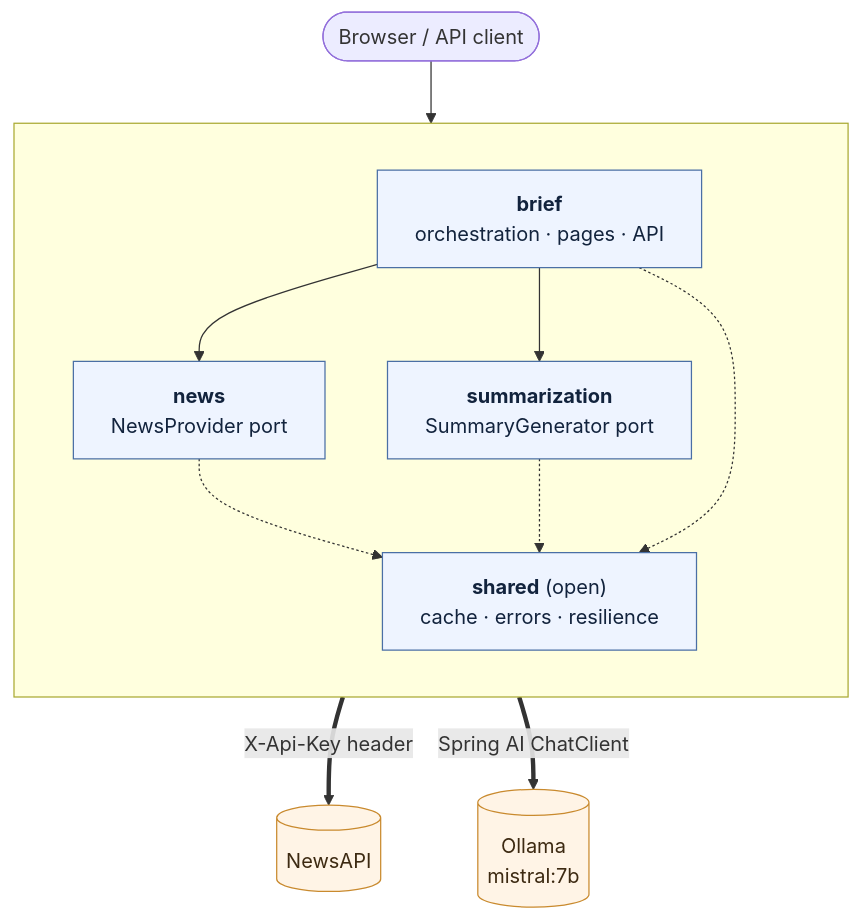
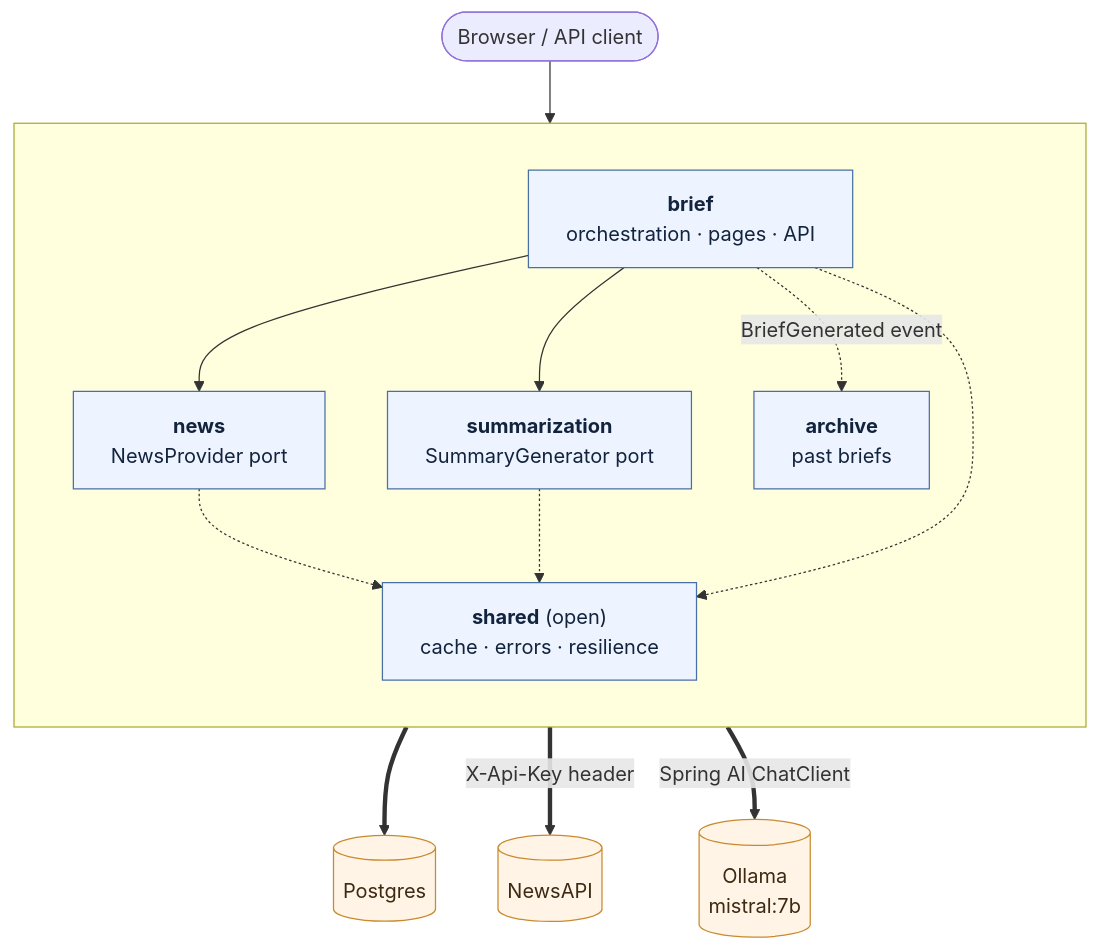
Before and after one commit to arthurd3/deailynews_ai: the diagram in README.md, drawn with Mermaid. The commit also changed other lines of this file and 37 other files, not shown here.

First line of the commit message:
feat: implement the roadmap and retire the section

````diff
--- a/README.md
+++ b/README.md
@@ -148,26 +158,29 @@
 ```mermaid
 flowchart TB
     client(["Browser / API client"]) --> brief
 
     subgraph app[" "]
         direction TB
         brief["<b>brief</b><br/>orchestration · pages · API"]
         news["<b>news</b><br/>NewsProvider port"]
         summ["<b>summarization</b><br/>SummaryGenerator port"]
+        arch["<b>archive</b><br/>past briefs"]
         shared["<b>shared</b> (open)<br/>cache · errors · resilience"]
     end
 
     brief --> news
     brief --> summ
+    brief -. "BriefGenerated event" .-> arch
     news -.-> shared
     summ -.-> shared
     brief -.-> shared
+    arch ==> db[("Postgres")]
 
     news ==>|X-Api-Key header| newsapi[("NewsAPI")]
     summ ==>|Spring AI ChatClient| ollama[("Ollama<br/>mistral:7b")]
 
     classDef m fill:#eef4ff,stroke:#4a6fa5,color:#12233d
     classDef e fill:#fff4e6,stroke:#c98a2e,color:#3d2a12
-    class brief,news,summ,shared m
-    class newsapi,ollama e
+    class brief,news,summ,arch,shared m
+    class newsapi,ollama,db e
 ```
````
